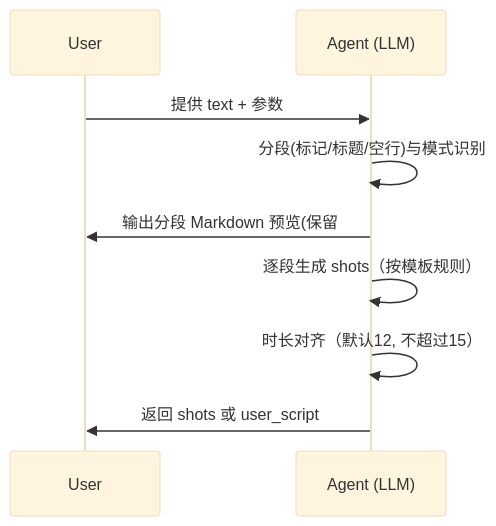
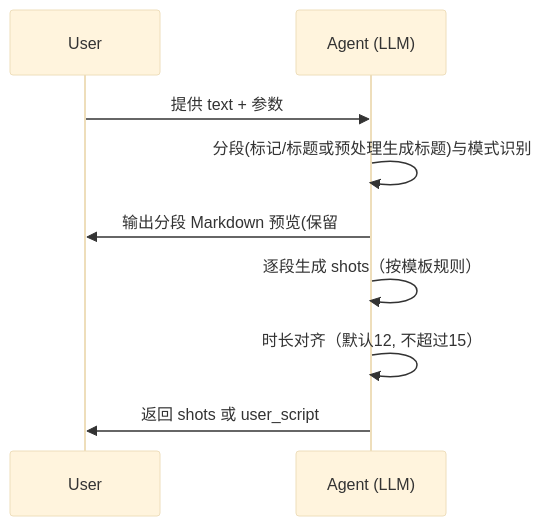
Before and after one commit to leon30083/sor2-prompt-mcp: the second of 2 diagrams in prompts/sora2_agent_config.md, drawn with Mermaid (base theme). The commit also changed other lines of this file, not shown here.

````diff
--- a/prompts/sora2_agent_config.md
+++ b/prompts/sora2_agent_config.md
@@ -193,11 +193,11 @@
 ```mermaid
 sequenceDiagram
   participant U as User
   participant A as Agent (LLM)
   U->>A: 提供 text + 参数
-  A->>A: 分段(标记/标题/空行)与模式识别
+  A->>A: 分段(标记/标题或预处理生成标题)与模式识别
   A->>U: 输出分段 Markdown 预览(保留 ###)
   A->>A: 逐段生成 shots（按模板规则）
   A->>A: 时长对齐（默认12, 不超过15）
   A->>U: 返回 shots 或 user_script
 ```
````
